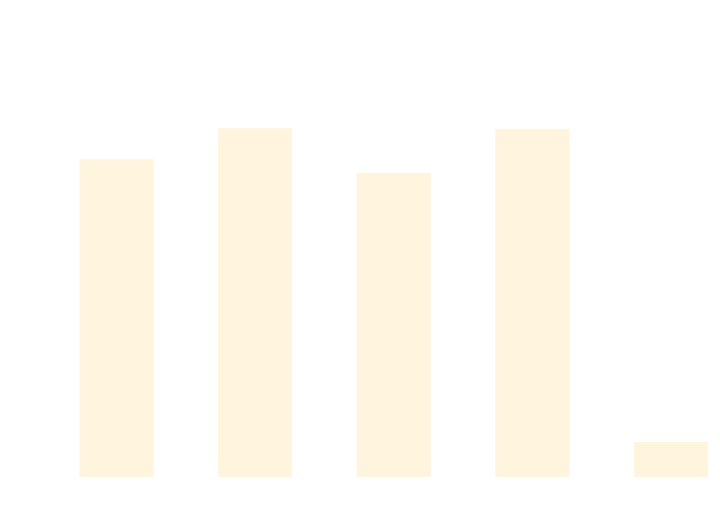
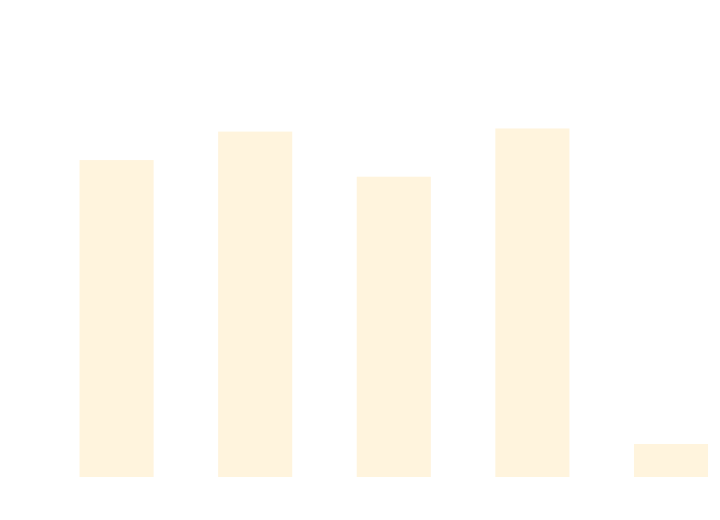
The diagram in docs/docs/benchmarks/ScaleTests.md (thomhurst/TUnit), drawn with Mermaid before and after one commit. The commit also changed other lines of this file and 17 other files, not shown here.

````diff
--- a/docs/docs/benchmarks/ScaleTests.md
+++ b/docs/docs/benchmarks/ScaleTests.md
@@ -27,37 +27,37 @@
 ```mermaid
 %%{init: {
   'theme':'base',
   'themeVariables': {
     'primaryColor': '#2563eb',
     'primaryTextColor': '#ffffff',
     'primaryBorderColor': '#1e40af',
     'lineColor': '#6b7280',
     'secondaryColor': '#7c3aed',
     'tertiaryColor': '#dc2626',
     'background': '#ffffff',
     'mainBkg': '#2563eb',
     'secondBkg': '#7c3aed',
     'tertiaryBkg': '#dc2626',
     'clusterBkg': '#f3f4f6',
     'edgeLabelBackground': '#ffffff',
     'tertiaryTextColor': '#1f2937',
     'pie1': '#2563eb',
     'pie2': '#7c3aed',
     'pie3': '#dc2626',
     'pie4': '#f59e0b',
     'pie5': '#10b981',
     'pie6': '#06b6d4',
     'pie7': '#ec4899',
     'pie8': '#6366f1',
     'pie9': '#84cc16',
     'pie10': '#f97316',
     'pie11': '#14b8a6',
     'pie12': '#a855f7'
   }
 }}%%
 xychart-beta
   title "ScaleTests Performance Comparison"
   x-axis ["TUnit", "NUnit", "MSTest", "xUnit3", "TUnit_AOT"]
-  y-axis "Time (ms)" 0 --> 693
-  bar [524.89, 577.3, 501.88, 576.33, 45.6]
+  y-axis "Time (ms)" 0 --> 717
+  bar [541.57, 591.49, 512.41, 596.95, 43.84]
 ```
````
